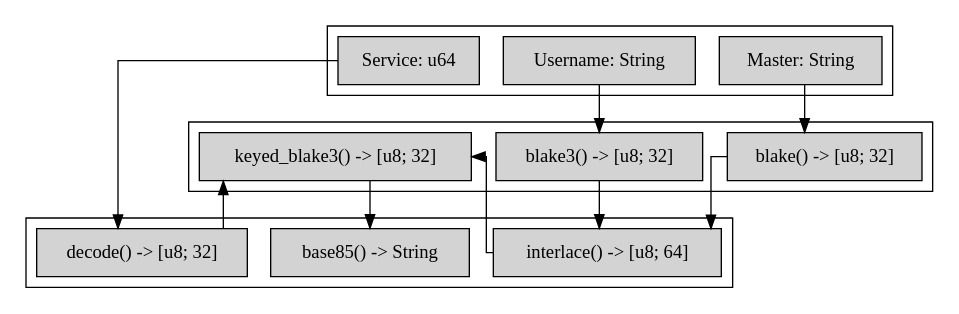
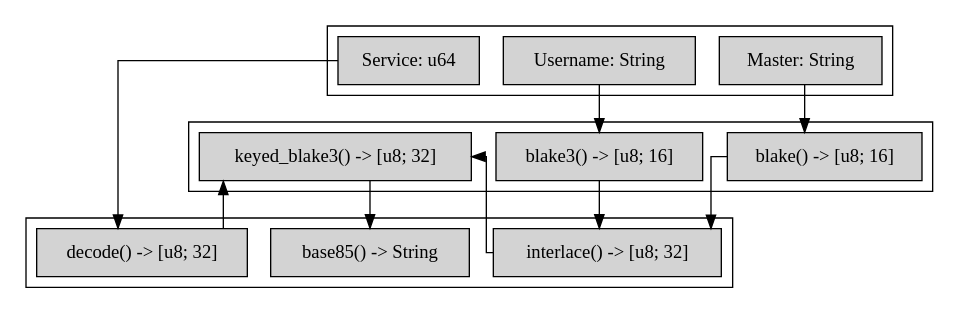
One commit to mbednarek360/passplexer changed the diagram in diagram.dot. Above: the diagram before and after it, drawn with Graphviz. The commit also changed 2 other files, not shown here.

Commit message:
Resized input hash

```diff
--- a/diagram.dot
+++ b/diagram.dot
@@ -1,53 +1,53 @@
 digraph d {
 
     // settings
     graph [fontsize=16 compound=true, splines=ortho];
     node [shape=rect fontsize=14, style=filled];
 
     // input
     subgraph cluster_input {
 
         // input nodes
         service_id [label = "Service: u64"];
         username [label = "Username: String"];
         master_pass [label = "Master: String"];
 
     }
 
     // hashing
     subgraph cluster_hashing {
 
         // hashes
-        user_hash [label = "blake3() -> [u8; 32]"];
-        master_hash [label = "blake() -> [u8; 32]"];
+        user_hash [label = "blake3() -> [u8; 16]"];
+        master_hash [label = "blake() -> [u8; 16]"];
         salted_hash [label = "keyed_blake3() -> [u8; 32]"];
 
     }
 
     // conversion
     subgraph cluster_conversion {
 
         // conversion functions
         base85 [label = "base85() -> String"];
         salt_gen [label = "decode() -> [u8; 32]"];
-        interlace [label = "interlace() -> [u8; 64]"];
+        interlace [label = "interlace() -> [u8; 32]"];
 
     }
 
     // input
     service_id -> salt_gen;
     username -> user_hash;
     master_pass -> master_hash;
 
     // hashing
     user_hash -> interlace;
     master_hash -> interlace;
     salted_hash -> base85;
 
     // conversion
     interlace -> salted_hash;
     salt_gen -> salted_hash;
    
 
 
 }
```
